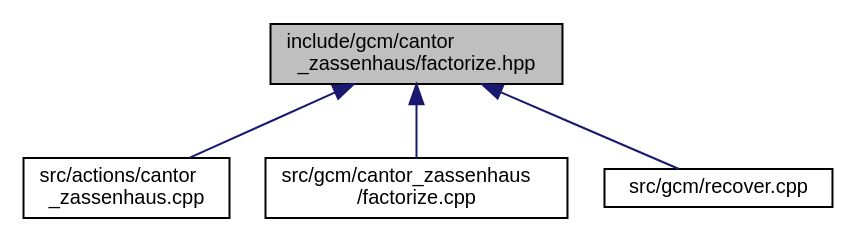
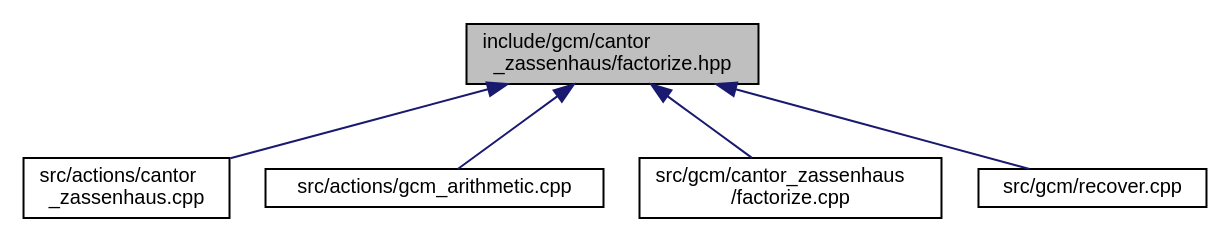
The diagram in factorize_8hpp__dep__incl.dot (frereit/KauMA), drawn with Graphviz before and after one commit. The commit also changed 98 other files, not shown here.

```diff
--- a/factorize_8hpp__dep__incl.dot
+++ b/factorize_8hpp__dep__incl.dot
@@ -1,13 +1,15 @@
 digraph "include/gcm/cantor_zassenhaus/factorize.hpp"
 {
  // LATEX_PDF_SIZE
   edge [fontname="Helvetica",fontsize="10",labelfontname="Helvetica",labelfontsize="10"];
   node [fontname="Helvetica",fontsize="10",shape=record];
   Node1 [label="include/gcm/cantor\l_zassenhaus/factorize.hpp",height=0.2,width=0.4,color="black", fillcolor="grey75", style="filled", fontcolor="black",tooltip=" "];
   Node1 -> Node2 [dir="back",color="midnightblue",fontsize="10",style="solid",fontname="Helvetica"];
   Node2 [label="src/actions/cantor\l_zassenhaus.cpp",height=0.2,width=0.4,color="black", fillcolor="white", style="filled",URL="$cantor__zassenhaus_8cpp.html",tooltip=" "];
   Node1 -> Node3 [dir="back",color="midnightblue",fontsize="10",style="solid",fontname="Helvetica"];
-  Node3 [label="src/gcm/cantor_zassenhaus\l/factorize.cpp",height=0.2,width=0.4,color="black", fillcolor="white", style="filled",URL="$factorize_8cpp.html",tooltip=" "];
+  Node3 [label="src/actions/gcm_arithmetic.cpp",height=0.2,width=0.4,color="black", fillcolor="white", style="filled",URL="$gcm__arithmetic_8cpp.html",tooltip=" "];
   Node1 -> Node4 [dir="back",color="midnightblue",fontsize="10",style="solid",fontname="Helvetica"];
-  Node4 [label="src/gcm/recover.cpp",height=0.2,width=0.4,color="black", fillcolor="white", style="filled",URL="$recover_8cpp.html",tooltip=" "];
+  Node4 [label="src/gcm/cantor_zassenhaus\l/factorize.cpp",height=0.2,width=0.4,color="black", fillcolor="white", style="filled",URL="$factorize_8cpp.html",tooltip=" "];
+  Node1 -> Node5 [dir="back",color="midnightblue",fontsize="10",style="solid",fontname="Helvetica"];
+  Node5 [label="src/gcm/recover.cpp",height=0.2,width=0.4,color="black", fillcolor="white", style="filled",URL="$recover_8cpp.html",tooltip=" "];
 }
```
